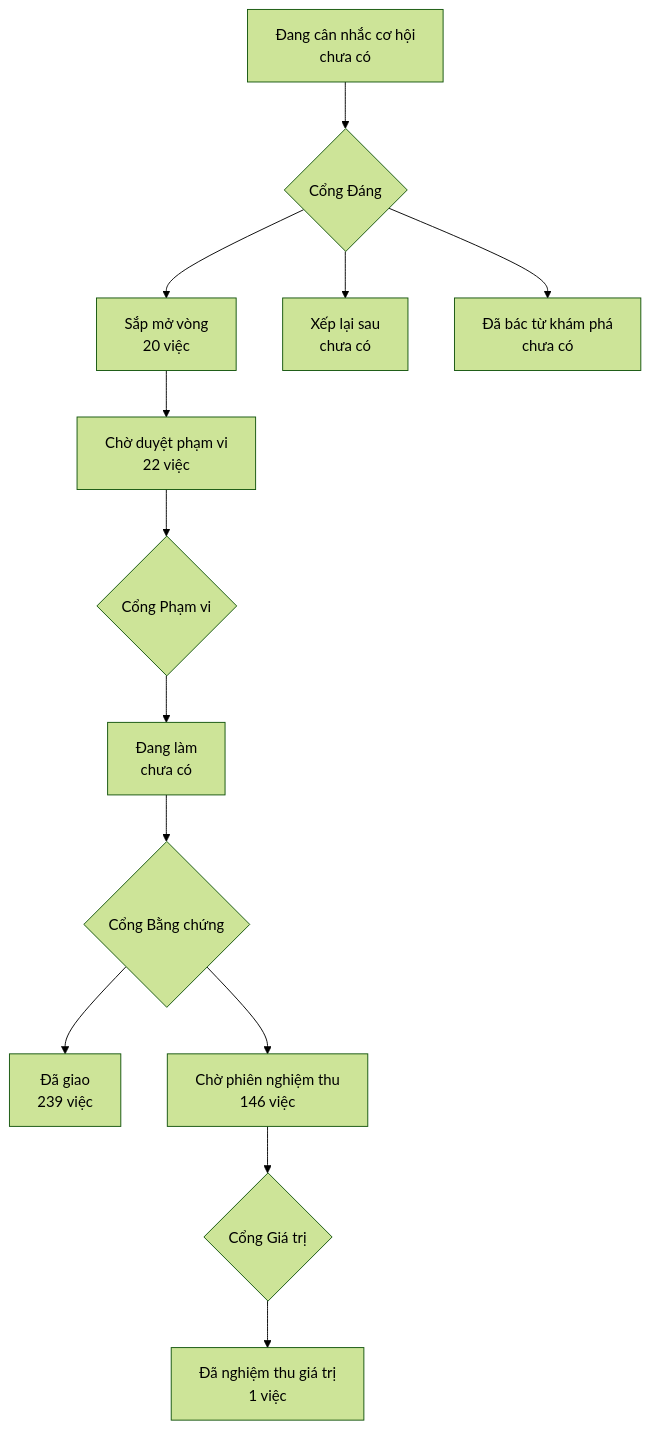
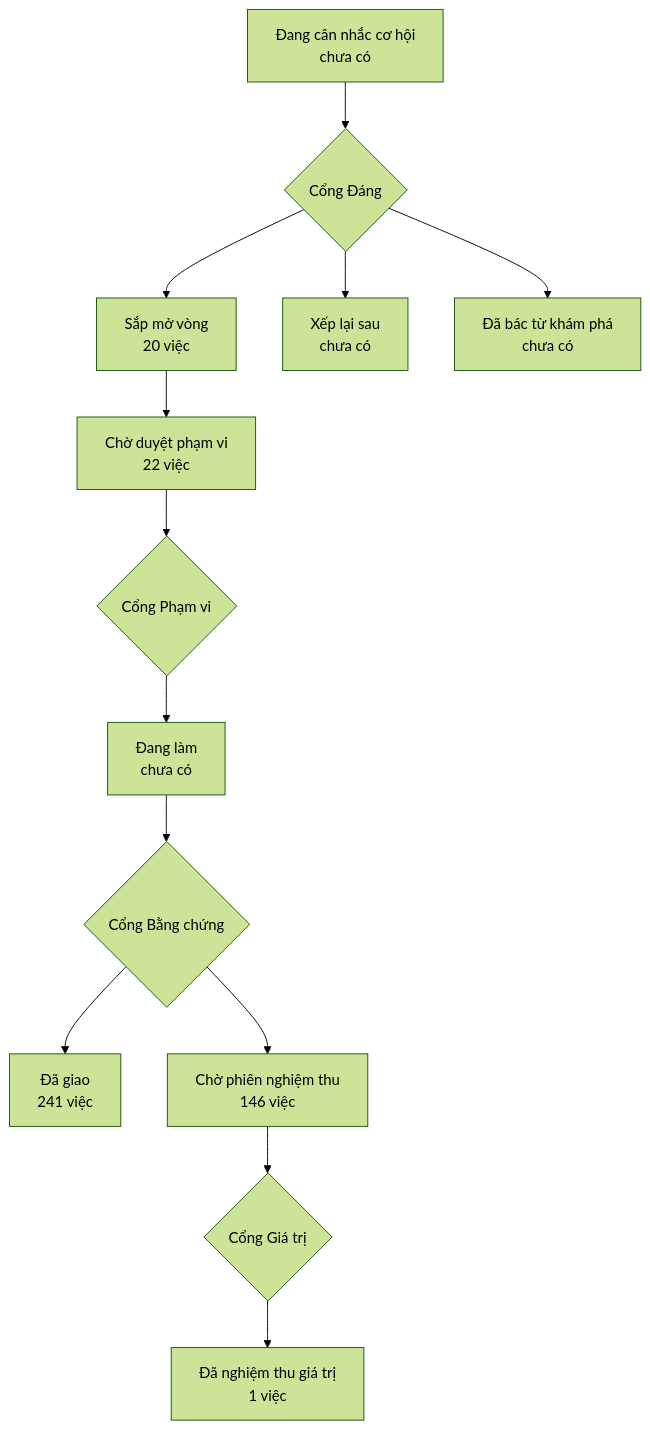
One commit to phanlemanh/onehub-invest changed the diagram in PRODUCT-MAP.md. Above: the diagram before and after it, drawn with Mermaid (forest theme). The commit also changed other lines of this file and 1 other file, not shown here.

Commit message:
chore(map): vẽ lại bản đồ sau gộp main e68b2d44e

````diff
--- a/PRODUCT-MAP.md
+++ b/PRODUCT-MAP.md
@@ -7,12 +7,12 @@
 ```mermaid
 flowchart TD
   A["Đang cân nhắc cơ hội<br/>chưa có"] --> GD{"Cổng Đáng"}
   GD --> B["Sắp mở vòng<br/>20 việc"]
   GD --> XL["Xếp lại sau<br/>chưa có"]
   GD --> DB["Đã bác từ khám phá<br/>chưa có"]
   B --> CD["Chờ duyệt phạm vi<br/>22 việc"] --> GP{"Cổng Phạm vi"}
   GP --> DL["Đang làm<br/>chưa có"] --> GB{"Cổng Bằng chứng"}
-  GB --> DG["Đã giao<br/>239 việc"]
+  GB --> DG["Đã giao<br/>241 việc"]
   GB --> CN["Chờ phiên nghiệm thu<br/>146 việc"] --> GG{"Cổng Giá trị"}
   GG --> NT["Đã nghiệm thu giá trị<br/>1 việc"]
 ```
````
